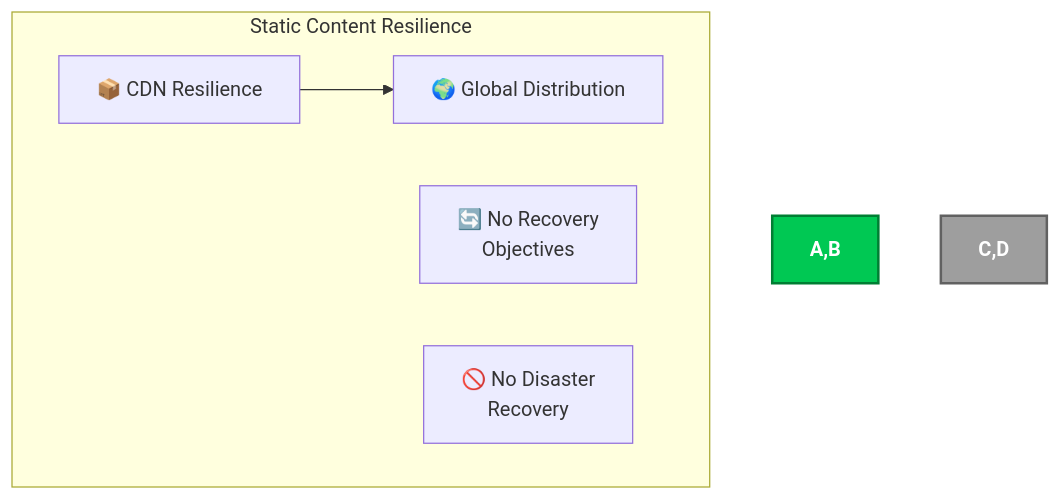
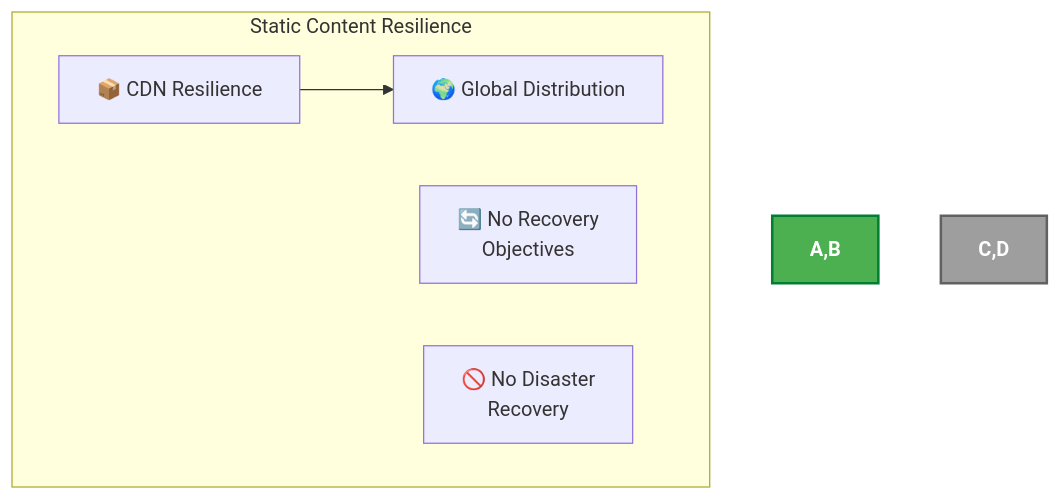
Before and after one commit to step-security-bot/cia-compliance-manager: diagram 13 of 32 in docs/architecture/SECURITY_ARCHITECTURE.md, drawn with Mermaid. The commit also changed other lines of this file and 27 other files, not shown here.

First line of the commit message:
fix: resolve broken mermaid diagrams and improve color coding to match ISMS style guide (#1106)

````diff
--- a/docs/architecture/SECURITY_ARCHITECTURE.md
+++ b/docs/architecture/SECURITY_ARCHITECTURE.md
@@ -1098,11 +1098,11 @@
 ```mermaid
 flowchart TD
     subgraph "Static Content Resilience"
         A[📦 CDN Resilience] --> B[🌍 Global Distribution]
         C[🔄 No Recovery<br>Objectives]
         D[🚫 No Disaster<br>Recovery]
     end
 
-    style A,B fill:#00C853,stroke:#007E33,stroke-width:2px,color:white,font-weight:bold
+    style A,B fill:#4CAF50,stroke:#007E33,stroke-width:2px,color:white,font-weight:bold
     style C,D fill:#9E9E9E,stroke:#616161,stroke-width:2px,color:white,font-weight:bold
 ```
````
